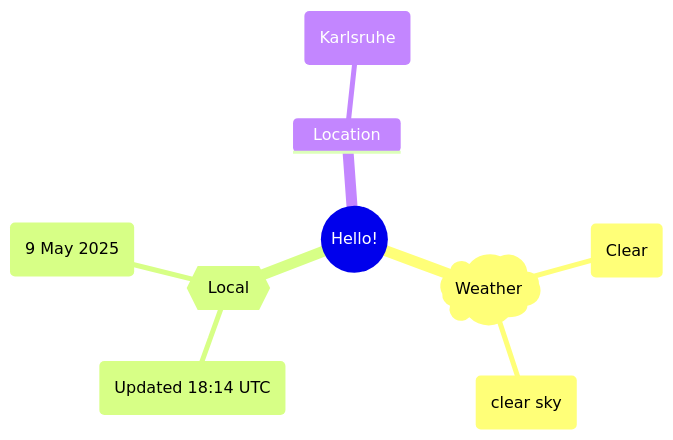
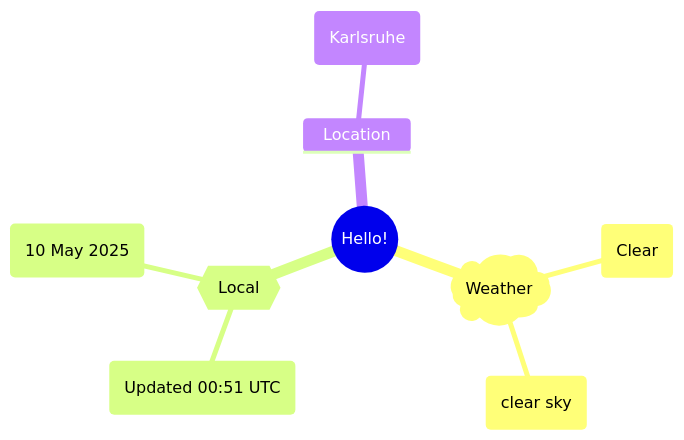
Before and after one commit to Xosrov/Xosrov: the first of 2 diagrams in README.md, drawn with Mermaid.

Commit message:
[bot] updated images

````diff
--- a/README.md
+++ b/README.md
@@ -3,12 +3,12 @@
 ```mermaid
 mindmap
   root((Hello!))
     )Weather(
         (Clear)
         (clear sky)
     {{Local}}
-        (Updated 18:14 UTC)
-        (9 May 2025)
+        (Updated 00:51 UTC)
+        (10 May 2025)
     Location
         (Karlsruhe)
 ```
````
